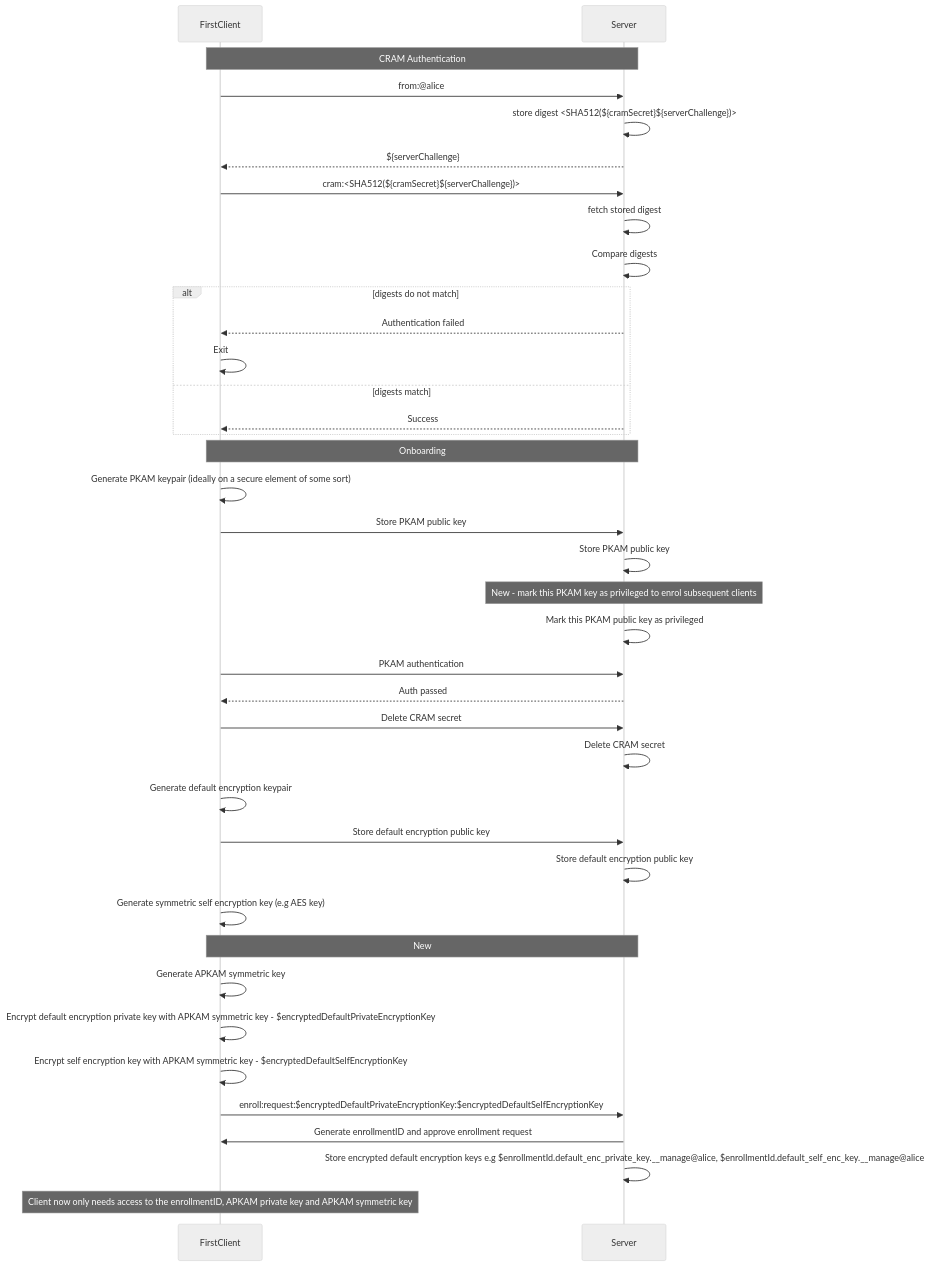
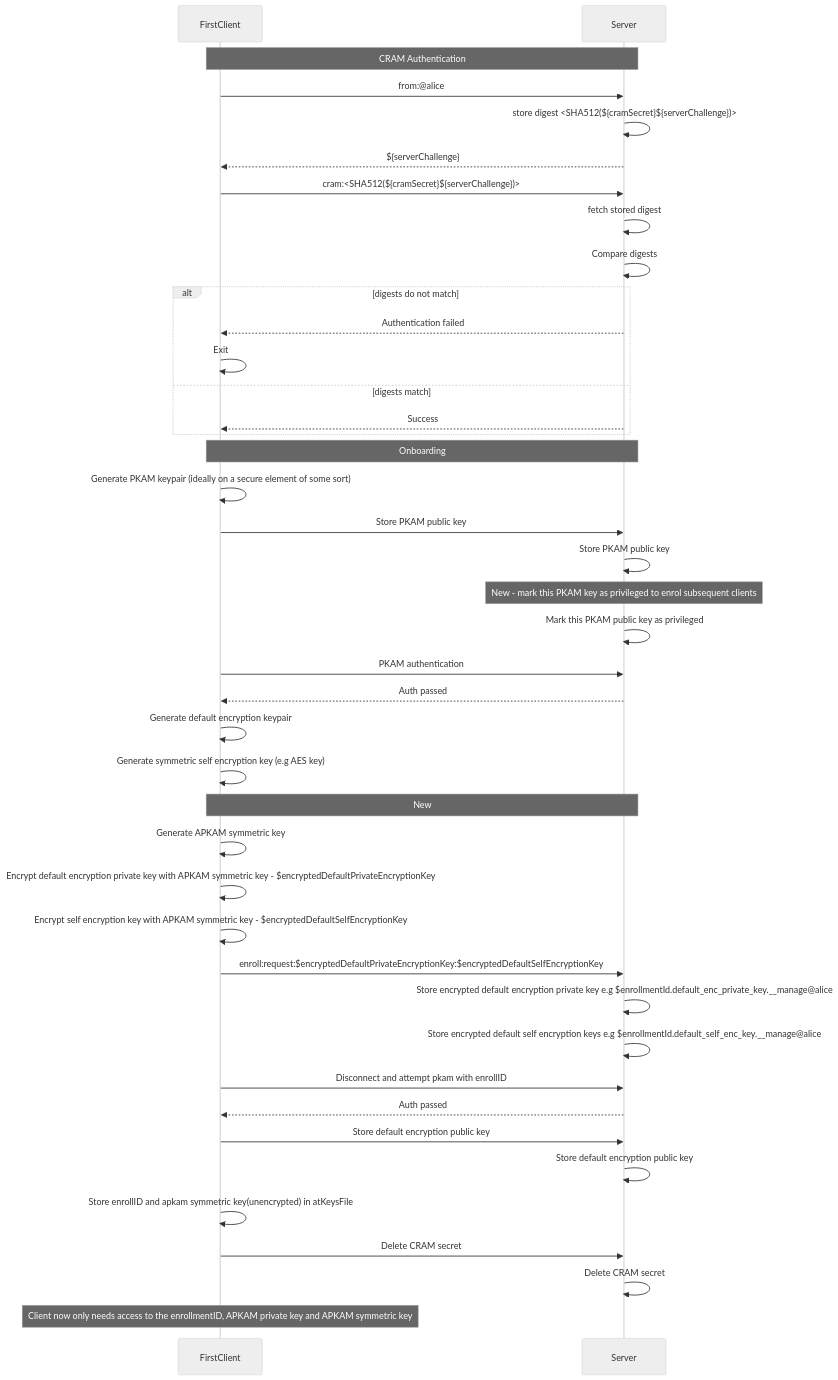
Before and after one commit to atsign-foundation/at_protocol: the second of 3 diagrams in decisions/2023-01-pkam-per-app-and-device.md, drawn with Mermaid (neutral theme).

Commit message:
fix: modified sequence diagram for initial client

````diff
--- a/decisions/2023-01-pkam-per-app-and-device.md
+++ b/decisions/2023-01-pkam-per-app-and-device.md
@@ -335,43 +335,46 @@
 ```mermaid
 sequenceDiagram
     participant FirstClient
     participant Server
 
     note over FirstClient,Server: CRAM Authentication
 
     FirstClient->>Server: from:@alice
     Server->>Server: store digest <SHA512(${cramSecret}${serverChallenge})>
     Server-->>FirstClient: ${serverChallenge}
     FirstClient->>Server: cram:<SHA512(${cramSecret}${serverChallenge})>
     Server->>Server: fetch stored digest
     Server->>Server: Compare digests
     alt digests do not match
         Server-->>FirstClient: Authentication failed
         FirstClient->>FirstClient: Exit
     else digests match
         Server-->>FirstClient: Success
     end
 
     note over FirstClient,Server: Onboarding
     FirstClient->>FirstClient: Generate PKAM keypair (ideally on a secure element of some sort)
     FirstClient->>Server: Store PKAM public key
     Server->>Server: Store PKAM public key
     note over Server: New - mark this PKAM key as privileged to enrol subsequent clients
     Server->>Server: Mark this PKAM public key as privileged
     FirstClient->>Server: PKAM authentication
-    Server-->>FirstClient: Auth passed
-    FirstClient->>Server: Delete CRAM secret
-    Server->>Server: Delete CRAM secret
-    FirstClient->>FirstClient: Generate default encryption keypair
-    FirstClient->>Server: Store default encryption public key
-    Server->>Server: Store default encryption public key
+    Server-->>FirstClient: Auth passed   
+    FirstClient->>FirstClient: Generate default encryption keypair    
     FirstClient->>FirstClient: Generate symmetric self encryption key (e.g AES key)
     note over FirstClient,Server: New
     FirstClient->>FirstClient: Generate APKAM symmetric key     
     FirstClient->>FirstClient: Encrypt default encryption private key with APKAM symmetric key - $encryptedDefaultPrivateEncryptionKey
     FirstClient->>FirstClient: Encrypt self encryption key with APKAM symmetric key - $encryptedDefaultSelfEncryptionKey
-    FirstClient->>Server: enroll:request:$encryptedDefaultPrivateEncryptionKey:$encryptedDefaultSelfEncryptionKey
-    Server->>FirstClient: Generate enrollmentID and approve enrollment request 
-    Server->>Server: Store encrypted default encryption keys e.g $enrollmentId.default_enc_private_key.__manage@alice, $enrollmentId.default_self_enc_key.__manage@alice
+    FirstClient->>Server: enroll:request:$encryptedDefaultPrivateEncryptionKey:$encryptedDefaultSelfEncryptionKey         
+    Server->>Server: Store encrypted default encryption private key e.g $enrollmentId.default_enc_private_key.__manage@alice
+    Server->>Server: Store encrypted default self encryption keys e.g $enrollmentId.default_self_enc_key.__manage@alice
+    FirstClient->>Server: Disconnect and attempt pkam with enrollID
+    Server-->>FirstClient: Auth passed
+    FirstClient->>Server: Store default encryption public key
+    Server->>Server: Store default encryption public key
+    FirstClient->>FirstClient: Store enrollID and apkam symmetric key(unencrypted) in atKeysFile
+    FirstClient->>Server: Delete CRAM secret
+    Server->>Server: Delete CRAM secret 
     note over FirstClient: Client now only needs access to the enrollmentID, APKAM private key and APKAM symmetric key 
 ```
````
